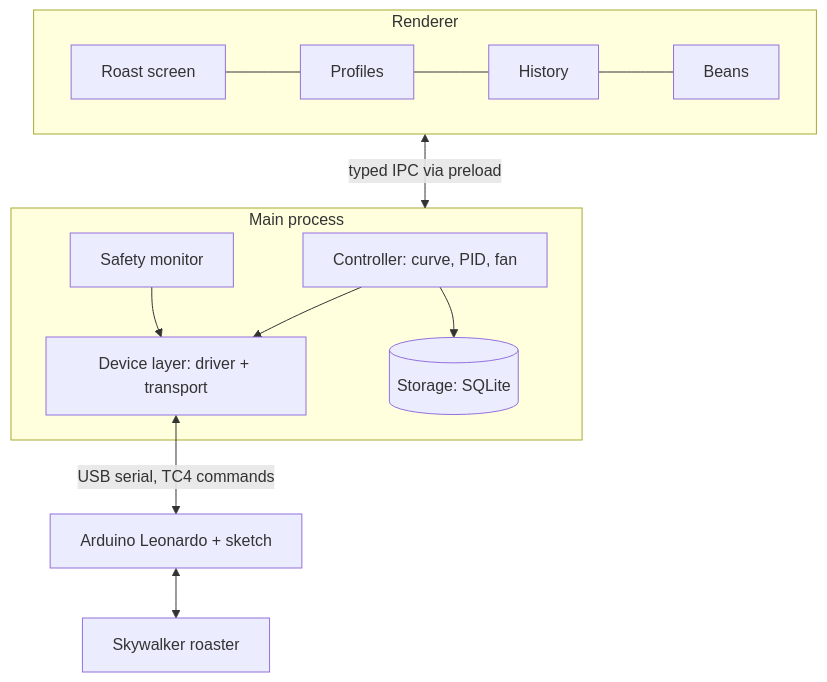
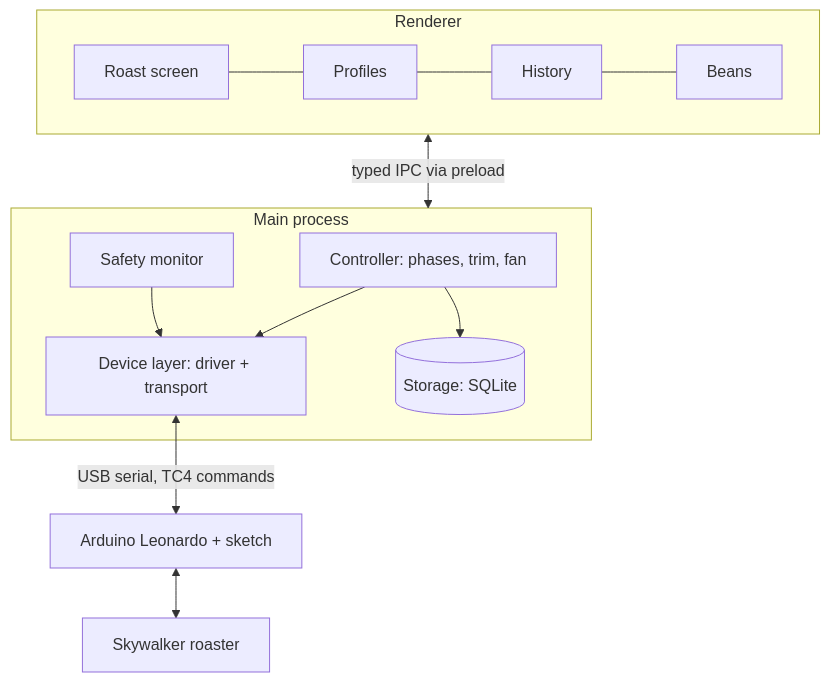
One commit to mnabaci/Roastpilot changed the diagram in docs/spec/architecture.md. Above: the diagram before and after it, drawn with Mermaid. The commit also changed other lines of this file and 15 other files, not shown here.

First line of the commit message:
docs(spec): phase-based profiles with PID trim, per roaster

````diff
--- a/docs/spec/architecture.md
+++ b/docs/spec/architecture.md
@@ -6,13 +6,13 @@
 ```mermaid
 flowchart TB
   subgraph Renderer
     R1[Roast screen] --- R2[Profiles] --- R3[History] --- R4[Beans]
   end
   Renderer <-->|typed IPC via preload| Main
   subgraph Main[Main process]
-    C[Controller: curve, PID, fan] --> D[Device layer: driver + transport]
+    C[Controller: phases, trim, fan] --> D[Device layer: driver + transport]
     S[Safety monitor] --> D
     C --> DB[(Storage: SQLite)]
   end
   D <-->|USB serial, TC4 commands| A[Arduino Leonardo + sketch] <--> K[Skywalker roaster]
 ```
````
